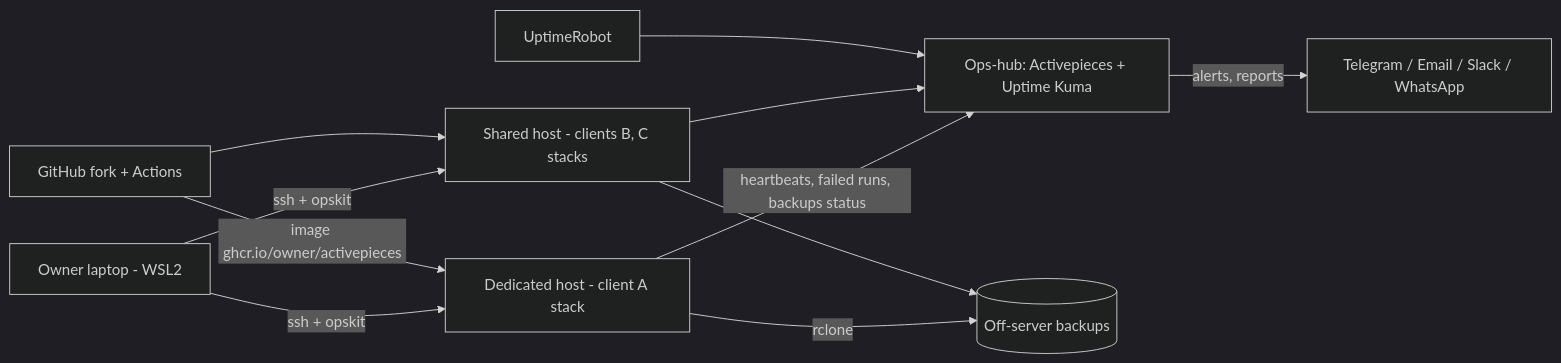
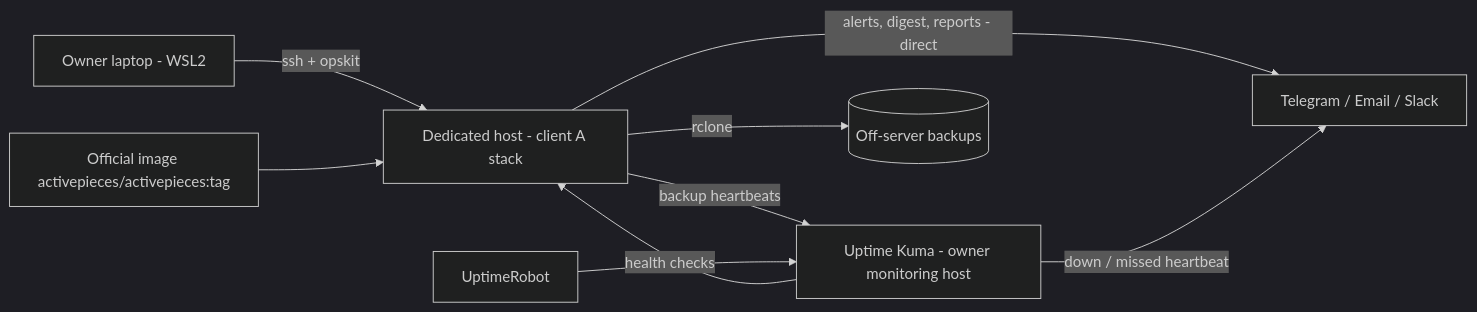
Before and after one commit to sameulhaquesawan-cloud/activepiece: the diagram in docs/TECH_ARCHITECTURE.md, drawn with Mermaid (dark theme). The commit also changed other lines of this file and 12 other files, not shown here.

First line of the commit message:
docs(opskit): apply owner plan decisions R1-R5, A1-A5

````diff
--- a/docs/TECH_ARCHITECTURE.md
+++ b/docs/TECH_ARCHITECTURE.md
@@ -6,13 +6,11 @@
 ```mermaid
 flowchart LR
   OP[Owner laptop - WSL2] -->|ssh + opskit| H1[Dedicated host - client A stack]
-  OP -->|ssh + opskit| H2[Shared host - clients B, C stacks]
-  GH[GitHub fork + Actions] -->|image ghcr.io/owner/activepieces| H1
-  GH --> H2
-  H1 -->|heartbeats, failed runs, backups status| HUB[Ops-hub: Activepieces + Uptime Kuma]
-  H2 --> HUB
-  HUB -->|alerts, reports| CH[Telegram / Email / Slack / WhatsApp]
+  IMG[Official image activepieces/activepieces:tag] --> H1
+  H1 -->|alerts, digest, reports - direct| CH[Telegram / Email / Slack]
+  H1 -->|backup heartbeats| UK[Uptime Kuma - owner monitoring host]
+  UK -->|health checks| H1
+  UK -->|down / missed heartbeat| CH
   H1 -->|rclone| BK[(Off-server backups)]
-  H2 --> BK
-  UR[UptimeRobot] --> HUB
+  UR[UptimeRobot] --> UK
 ```
````
